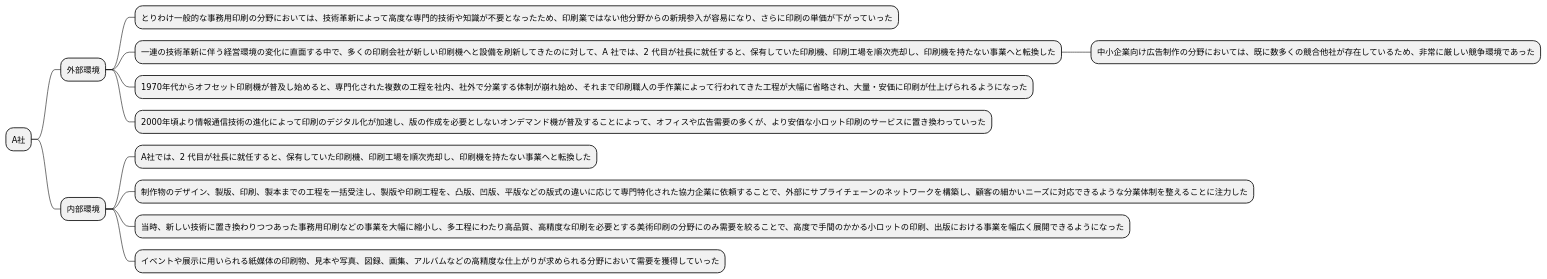
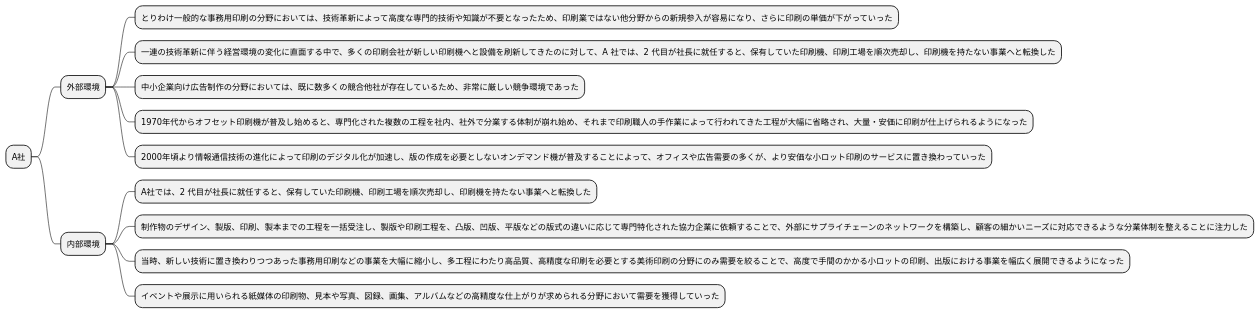
Before and after one commit to k2works/requirements_definition_excercise: the fourth of 10 diagrams in docs/R03/master/study_1_r03.md, drawn with PlantUML. The commit also changed other lines of this file, not shown here.

````diff
--- a/docs/R03/master/study_1_r03.md
+++ b/docs/R03/master/study_1_r03.md
@@ -148,17 +148,17 @@
 ```plantuml
 @startmindmap
 
 * A社
 ** 外部環境
 *** とりわけ一般的な事務用印刷の分野においては、技術革新によって高度な専門的技術や知識が不要となったため、印刷業ではない他分野からの新規参入が容易になり、さらに印刷の単価が下がっていった
 *** 一連の技術革新に伴う経営環境の変化に直面する中で、多くの印刷会社が新しい印刷機へと設備を刷新してきたのに対して、A 社では、2 代目が社長に就任すると、保有していた印刷機、印刷工場を順次売却し、印刷機を持たない事業へと転換した
-**** 中小企業向け広告制作の分野においては、既に数多くの競合他社が存在しているため、非常に厳しい競争環境であった
+*** 中小企業向け広告制作の分野においては、既に数多くの競合他社が存在しているため、非常に厳しい競争環境であった
 *** 1970年代からオフセット印刷機が普及し始めると、専門化された複数の工程を社内、社外で分業する体制が崩れ始め、それまで印刷職人の手作業によって行われてきた工程が大幅に省略され、大量・安価に印刷が仕上げられるようになった
 *** 2000年頃より情報通信技術の進化によって印刷のデジタル化が加速し、版の作成を必要としないオンデマンド機が普及することによって、オフィスや広告需要の多くが、より安価な小ロット印刷のサービスに置き換わっていった
 ** 内部環境
 *** A社では、2 代目が社長に就任すると、保有していた印刷機、印刷工場を順次売却し、印刷機を持たない事業へと転換した
 *** 制作物のデザイン、製版、印刷、製本までの工程を一括受注し、製版や印刷工程を、凸版、凹版、平版などの版式の違いに応じて専門特化された協力企業に依頼することで、外部にサプライチェーンのネットワークを構築し、顧客の細かいニーズに対応できるような分業体制を整えることに注力した
 *** 当時、新しい技術に置き換わりつつあった事務用印刷などの事業を大幅に縮小し、多工程にわたり高品質、高精度な印刷を必要とする美術印刷の分野にのみ需要を絞ることで、高度で手間のかかる小ロットの印刷、出版における事業を幅広く展開できるようになった
 *** イベントや展示に用いられる紙媒体の印刷物、見本や写真、図録、画集、アルバムなどの高精度な仕上がりが求められる分野において需要を獲得していった
 @endmindmap
 ```
````
